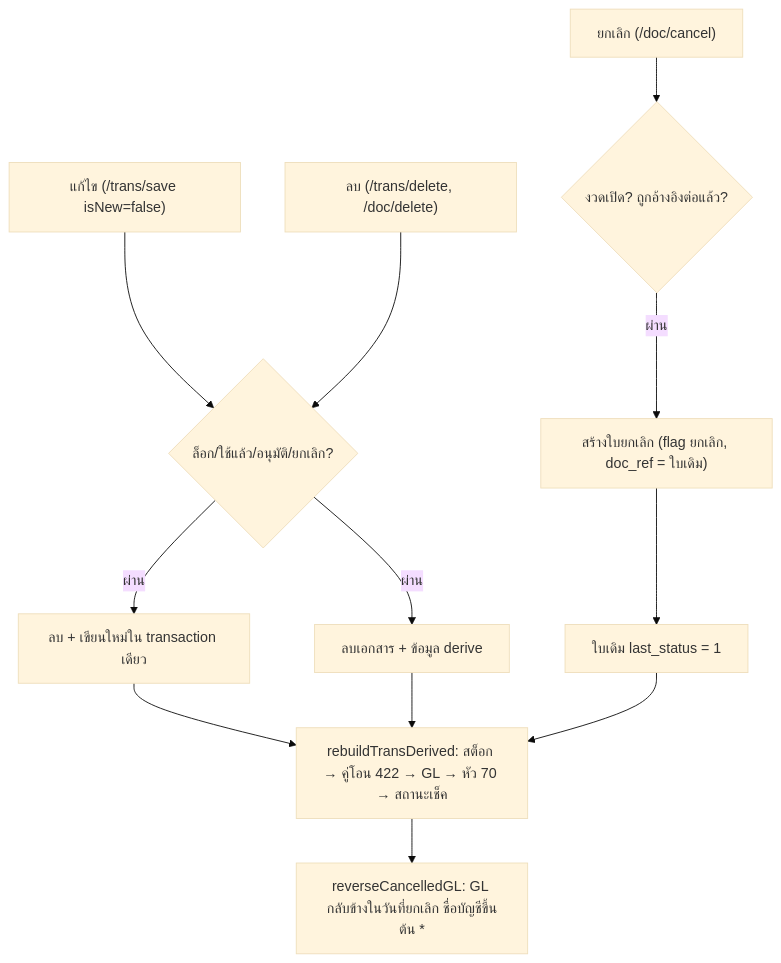
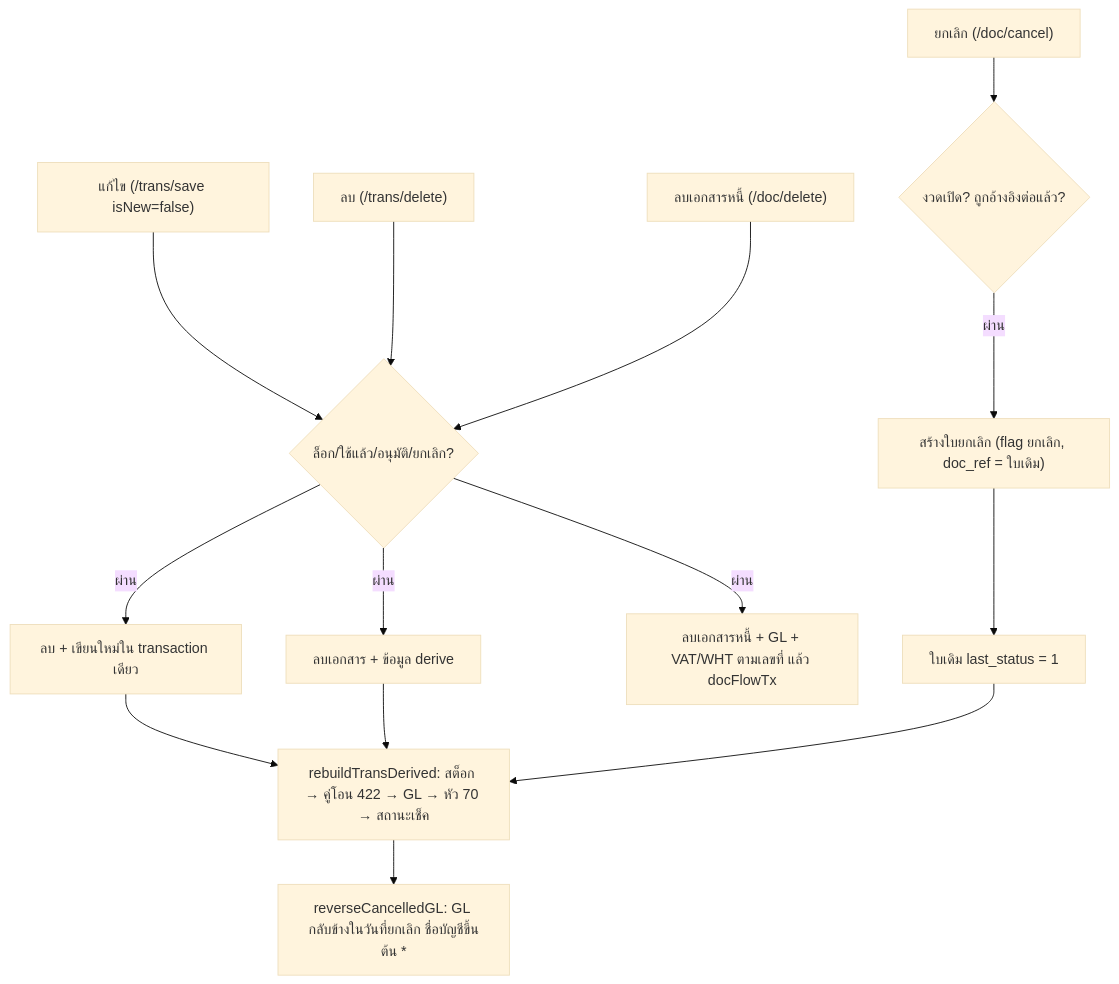
The diagram in vault/flows/flow-cancel-edit-reversal.md (jaturapornchai/bcbrain), drawn with Mermaid (base theme) before and after one commit. The commit also changed other lines of this file and 513 other files, not shown here.

````diff
--- a/vault/flows/flow-cancel-edit-reversal.md
+++ b/vault/flows/flow-cancel-edit-reversal.md
@@ -18,14 +18,16 @@
 ```mermaid
 flowchart TD
   E["แก้ไข (/trans/save isNew=false)"] --> L1{"ล็อก/ใช้แล้ว/อนุมัติ/ยกเลิก?"}
   L1 -->|"ผ่าน"| RW["ลบ + เขียนใหม่ใน transaction เดียว"]
-  D["ลบ (/trans/delete, /doc/delete)"] --> L1
+  D["ลบ (/trans/delete)"] --> L1
   L1 -->|"ผ่าน"| DEL["ลบเอกสาร + ข้อมูล derive"]
+  DD["ลบเอกสารหนี้ (/doc/delete)"] --> L1
+  L1 -->|"ผ่าน"| DGL["ลบเอกสารหนี้ + GL + VAT/WHT ตามเลขที่ แล้ว docFlowTx"]
   C["ยกเลิก (/doc/cancel)"] --> P{"งวดเปิด? ถูกอ้างอิงต่อแล้ว?"}
   P -->|"ผ่าน"| CD["สร้างใบยกเลิก (flag ยกเลิก, doc_ref = ใบเดิม)"]
   CD --> LS["ใบเดิม last_status = 1"]
   RW --> DER["rebuildTransDerived: สต็อก → คู่โอน 422 → GL → หัว 70 → สถานะเช็ค"]
   DEL --> DER
   LS --> DER
   DER --> REV["reverseCancelledGL: GL กลับข้างในวันที่ยกเลิก ชื่อบัญชีขึ้นต้น *"]
 ```
````
